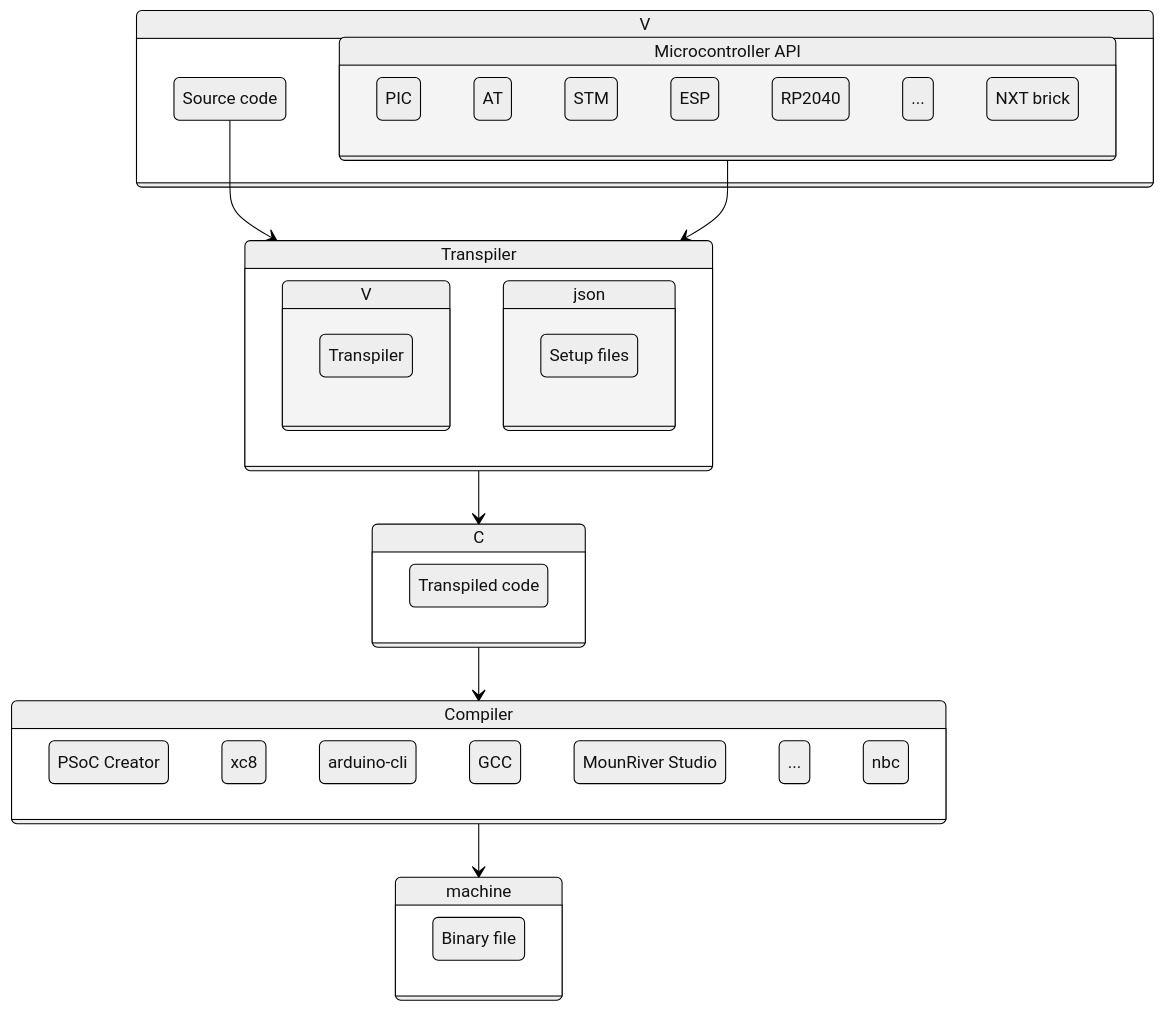
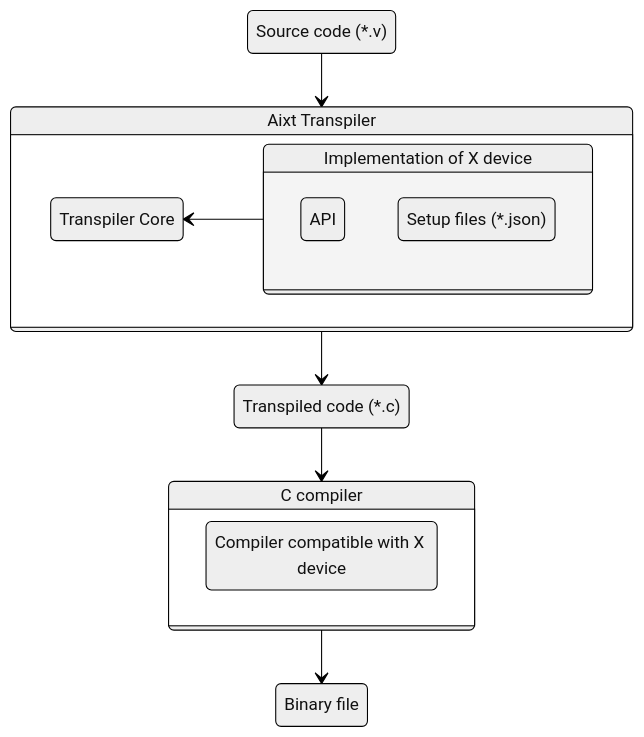
The diagram in README.md (fermarsan/aixt), drawn with Mermaid (neutral theme) before and after one commit. The commit also changed other lines of this file and 1 other file, not shown here.

Commit message:
Block diagram updated

````diff
--- a/README.md
+++ b/README.md
@@ -14,58 +14,35 @@
 ```mermaid
 stateDiagram-v2
 
-    Aixt: V
-    state Aixt {
-        source: Source code
+    source: Source code (*.v)
 
-        API: Microcontroller API
-        state API {
-            PICs: PIC
-            ATM: AT
-            STM
-            ESP
-            RP2040
-            PSoC
-            others2: ...
-            NXT: NXT brick
+    Aixt2C: Aixt Transpiler
+    state Aixt2C {
+        direction RL
+        Transpiler: Transpiler Core    
+        
+        Implementation: Implementation of X device
+        state Implementation {
+            API
+            SF: Setup files (*.json)
         }
+        
+        Implementation --> Transpiler
     }
 
 
+    Tr_Code: Transpiled code (*.c)
 
-    Aixt2C: Transpiler
-    state Aixt2C {
-        state V {
-            Transpiler: Transpiler
-        }
-
-        state json {
-            setup: Setup files
-        }
+    Compiler: C compiler
+    state Compiler {
+        compiler: Compiler compatible with X device
     }
 
-    C: C
-    state C {
-        Tr_Code: Transpiled code
-    }
-
-    state Compiler {
-        xc8
-        arduino: arduino-cli
-        GCC
-        PSoC: PSoC Creator
-        MounRiver: MounRiver Studio 
-        others: ...
-        nbc
-    }
-
-    state machine {
-        BF: Binary file
-    }
+    BF: Binary file
 
     source --> Aixt2C
-    API --> Aixt2C
-    Aixt2C --> C
-    C --> Compiler
-    Compiler --> machine
+    
+    Aixt2C --> Tr_Code
+    Tr_Code --> Compiler
+    Compiler --> BF
 ```
````
